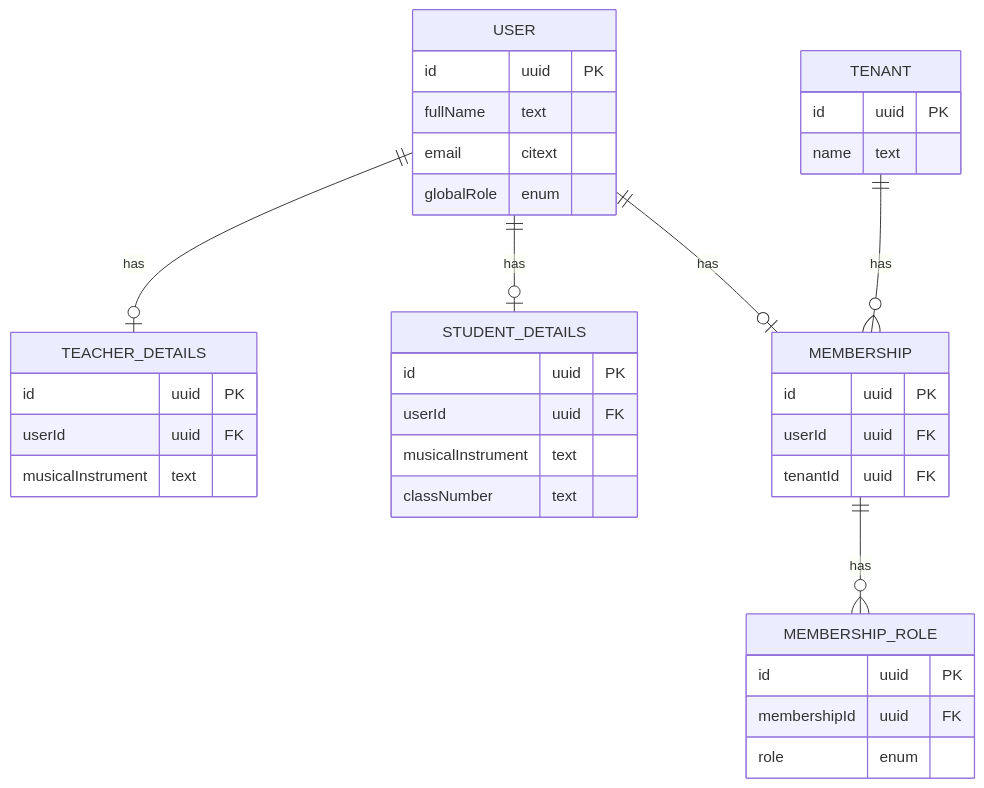
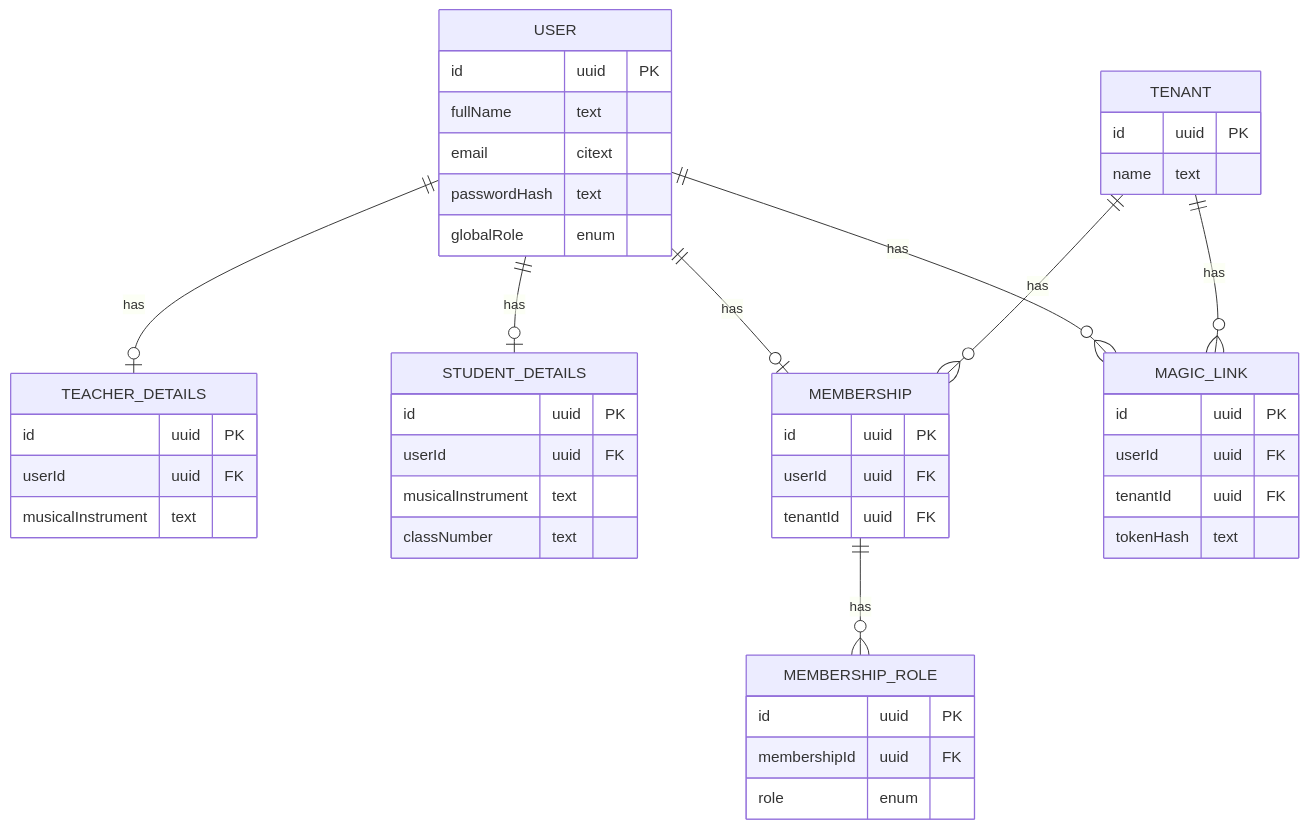
Before and after one commit to KaterynaKocheharova/Multi-tenant-architecture: the second of 4 diagrams in architecture-homework/diagrams/erd.md, drawn with Mermaid. The commit also changed other lines of this file and 2 other files, not shown here.

````diff
--- a/architecture-homework/diagrams/erd.md
+++ b/architecture-homework/diagrams/erd.md
@@ -154,45 +166,55 @@
 ```mermaid
 erDiagram
     TENANT {
         id uuid PK
         name text
     }
 
     USER {
         id uuid PK
         fullName text
         email citext
+        passwordHash text
         globalRole enum
     }
 
     TEACHER_DETAILS {
         id uuid PK
         userId uuid FK
         musicalInstrument text
     }
 
     STUDENT_DETAILS {
         id uuid PK
         userId uuid FK
         musicalInstrument text
         classNumber text
     }
 
     MEMBERSHIP {
         id uuid PK
         userId uuid FK
         tenantId uuid FK
     }
 
     MEMBERSHIP_ROLE {
         id uuid PK
         membershipId uuid FK
         role enum
     }
 
+    MAGIC_LINK {
+        id uuid PK
+        userId uuid FK
+        tenantId uuid FK
+        tokenHash text
+    }
+
     USER ||--o| TEACHER_DETAILS : has
     USER ||--o| STUDENT_DETAILS : has
     USER ||--o| MEMBERSHIP : has
+    USER ||--o{ MAGIC_LINK : has
     TENANT ||--o{ MEMBERSHIP : has
+    TENANT ||--o{ MAGIC_LINK : has
     MEMBERSHIP ||--o{ MEMBERSHIP_ROLE : has
 ```
````
